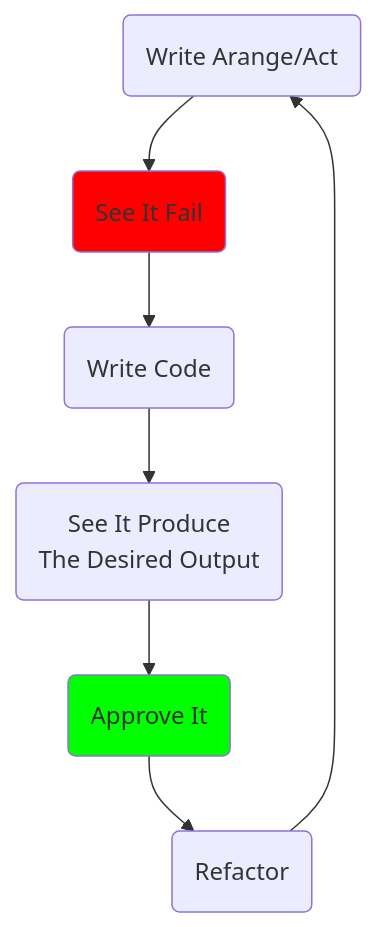
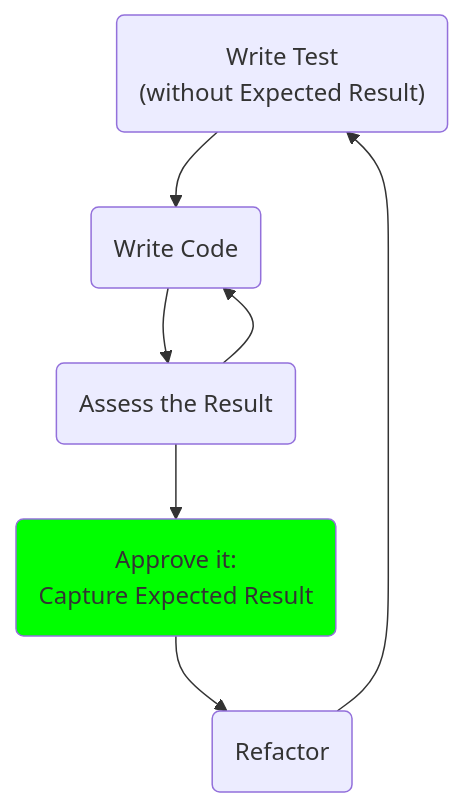
Before and after one commit to approvals/ApprovalTests.Python: the fifth of 5 diagrams in docs/explanation/approval_testing.md, drawn with Mermaid.

Commit message:
d  Improve ApprovalTests flow diagram

````diff
--- a/docs/explanation/approval_testing.md
+++ b/docs/explanation/approval_testing.md
@@ -83,8 +83,9 @@
 ```mermaid
 flowchart
-write(Write Arange/Act) --> red(See It Fail) --> code(Write Code)
-code --> approve(See It Produce \nThe Desired Output)
-approve --> green(Approve It) --> refactor(Refactor) --> write
-style red fill:#f00
-style green fill:#0f0
+write("Write Test\n(without Expected Result)") -->
+code(Write Code) -->
+assess(Assess the Result) -->
+approve(Approve it:\n Capture Expected Result) --> refactor(Refactor) --> write
+assess --> code
+style approve fill:#0f0
 ```
````
